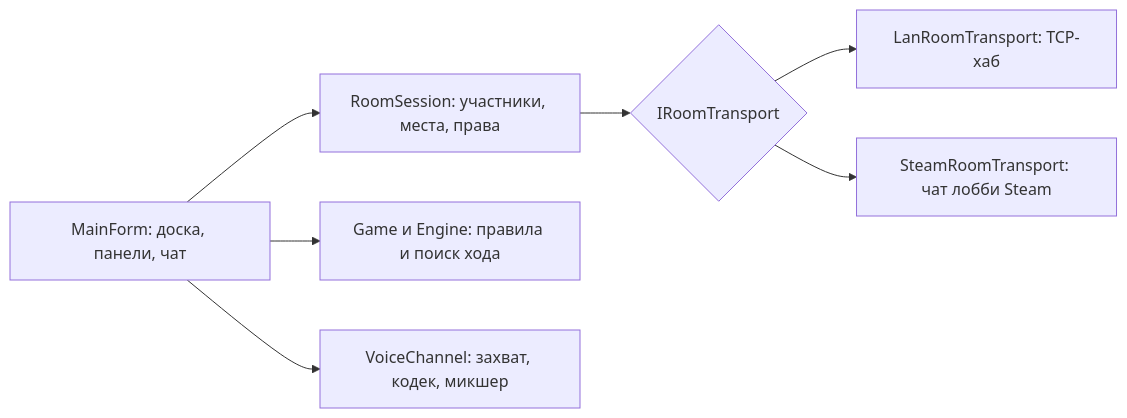
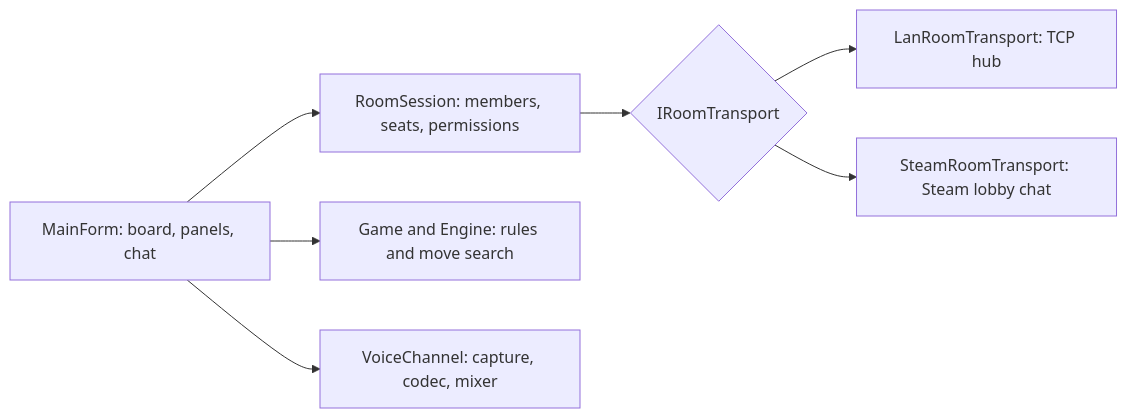
The diagram in README.md (soroka01/Chess-WinForms), drawn with Mermaid before and after one commit. The commit also changed other lines of this file and 2 other files, not shown here.

First line of the commit message:
docs: make the English README the default, move the Russian one to README_RU.md

````diff
--- a/README.md
+++ b/README.md
@@ -48,9 +48,9 @@
 ```mermaid
 flowchart LR
-    UI["MainForm: доска, панели, чат"] --> R["RoomSession: участники, места, права"]
+    UI["MainForm: board, panels, chat"] --> R["RoomSession: members, seats, permissions"]
     R --> T{"IRoomTransport"}
-    T --> L["LanRoomTransport: TCP-хаб"]
-    T --> S["SteamRoomTransport: чат лобби Steam"]
-    UI --> E["Game и Engine: правила и поиск хода"]
-    UI --> V["VoiceChannel: захват, кодек, микшер"]
+    T --> L["LanRoomTransport: TCP hub"]
+    T --> S["SteamRoomTransport: Steam lobby chat"]
+    UI --> E["Game and Engine: rules and move search"]
+    UI --> V["VoiceChannel: capture, codec, mixer"]
 ```
````
